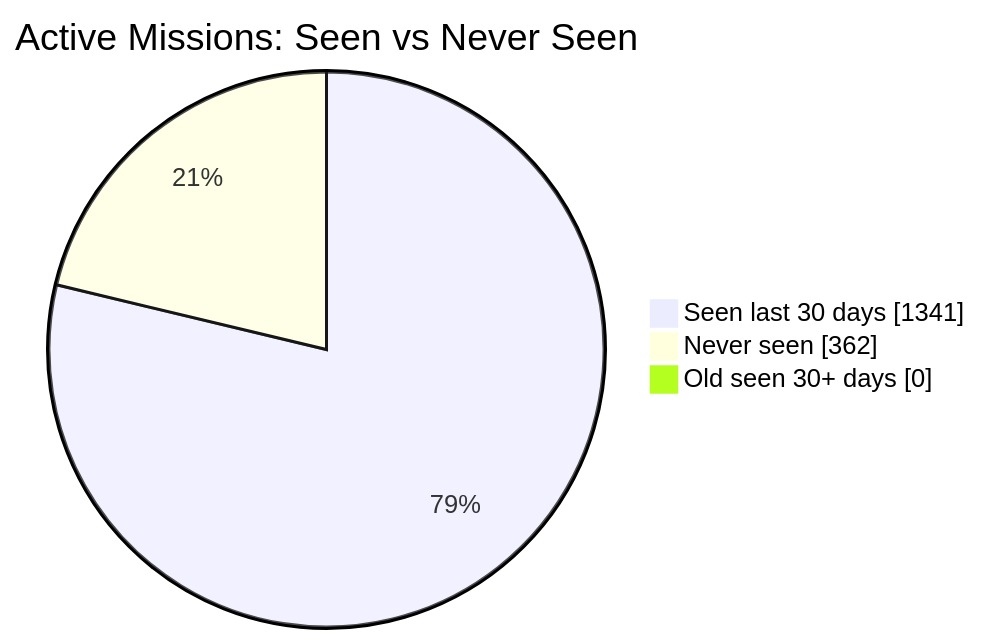
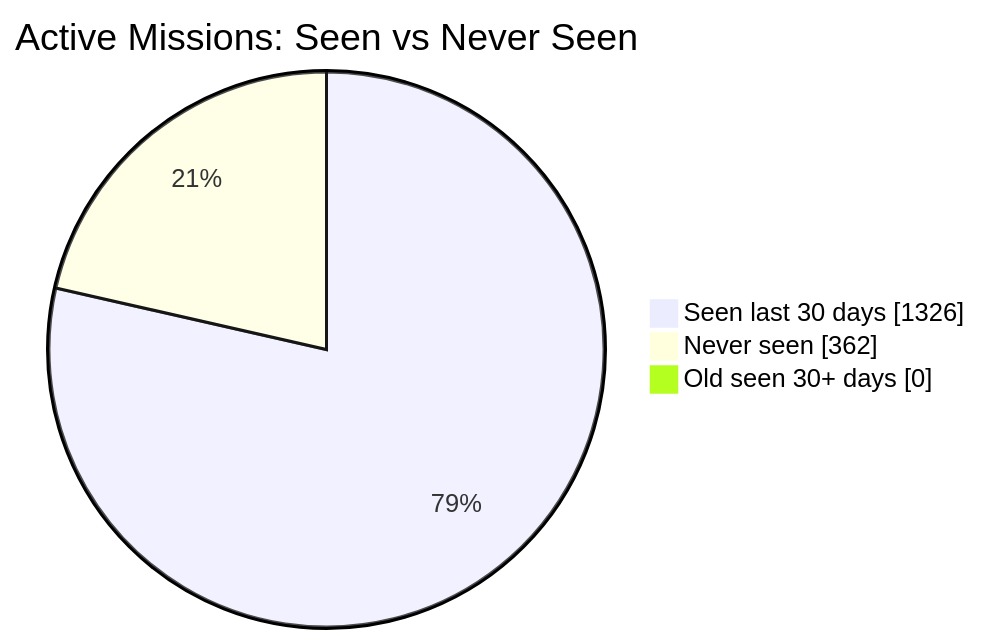
One commit to MeldkamerspelGameTeam/active-missions changed the first of 2 diagrams in README.md. Above: the diagram before and after it, drawn with Mermaid. The commit also changed other lines of this file and 2 other files, not shown here.

````diff
--- a/README.md
+++ b/README.md
@@ -34,7 +34,7 @@
 ```mermaid
 pie showData
     title Active Missions: Seen vs Never Seen
-    "Seen last 30 days" : 1341
+    "Seen last 30 days" : 1326
     "Never seen" : 362
     "Old seen 30+ days" : 0
 ```
````
